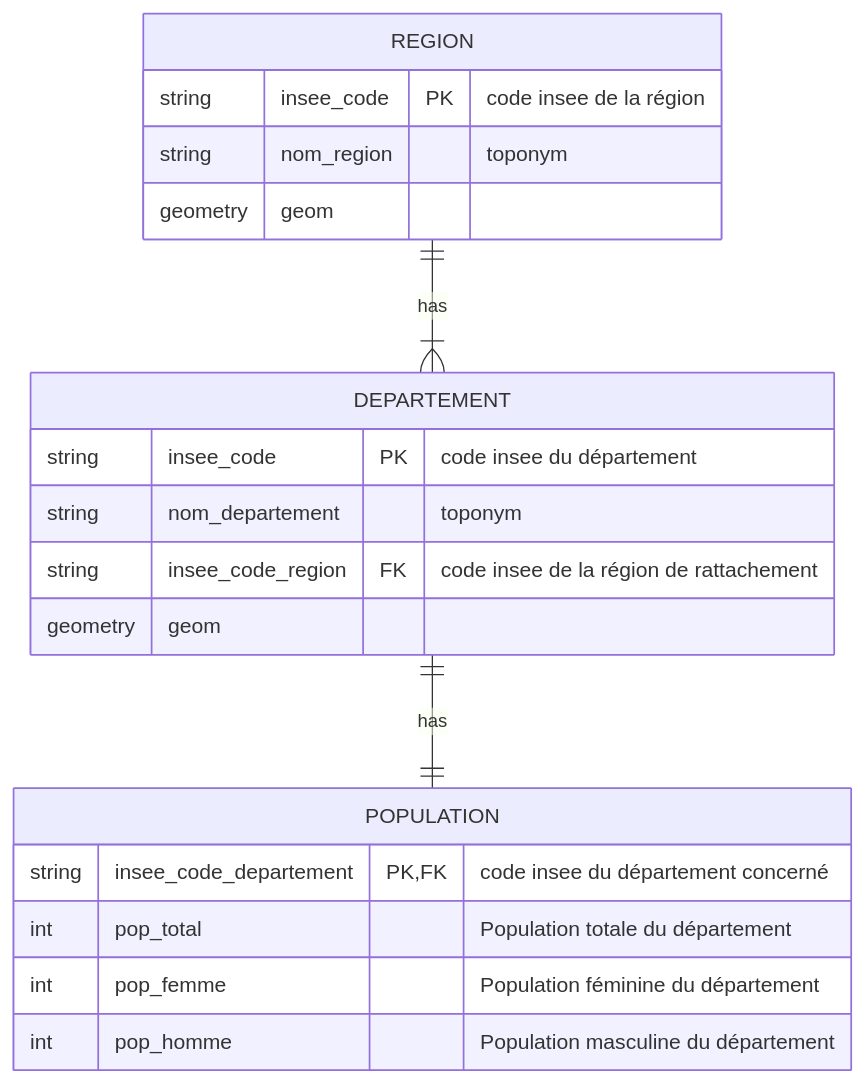
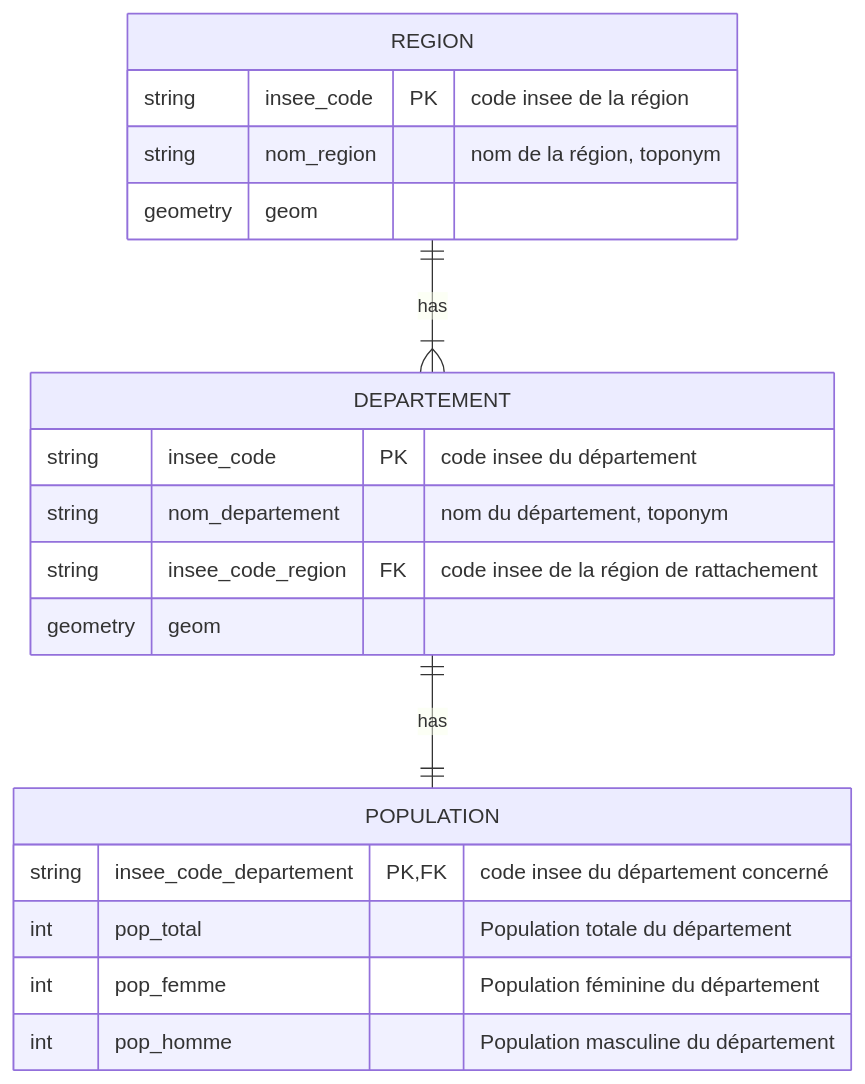
The first of 2 diagrams in docs/FSM-discovery-agent.md (pixime-net/talk-backend), drawn with Mermaid before and after one commit. The commit also changed other lines of this file, not shown here.

````diff
--- a/docs/FSM-discovery-agent.md
+++ b/docs/FSM-discovery-agent.md
@@ -5,29 +12,29 @@
 ```mermaid
 erDiagram
     %% regions administratives
     REGION {
         string insee_code PK "code insee de la région"
-        string nom_region "toponym"
+        string nom_region "nom de la région, toponym"
         geometry geom
     }
 
     %% départements administratifs
     DEPARTEMENT {
         string insee_code PK "code insee du département"
-        string nom_departement "toponym"
+        string nom_departement "nom du département, toponym"
         string insee_code_region FK "code insee de la région de rattachement"
         geometry geom
     }
 
     %% population par département
     POPULATION {
         string insee_code_departement PK, FK "code insee du département concerné"
         int pop_total "Population totale du département"
         int pop_femme "Population féminine du département"
         int pop_homme "Population masculine du département"
     }
 
     REGION ||--|{ DEPARTEMENT : has
     DEPARTEMENT ||--|| POPULATION : has
 
 ```
````
